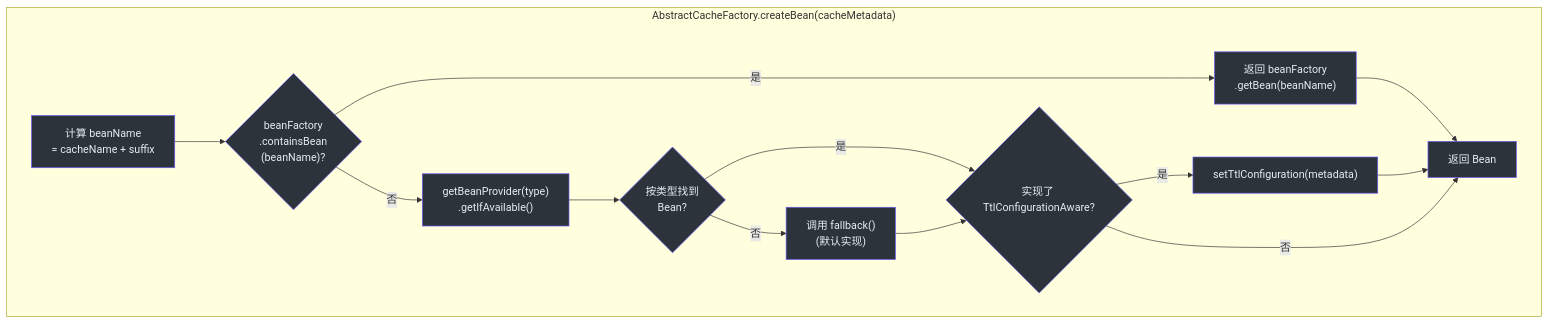
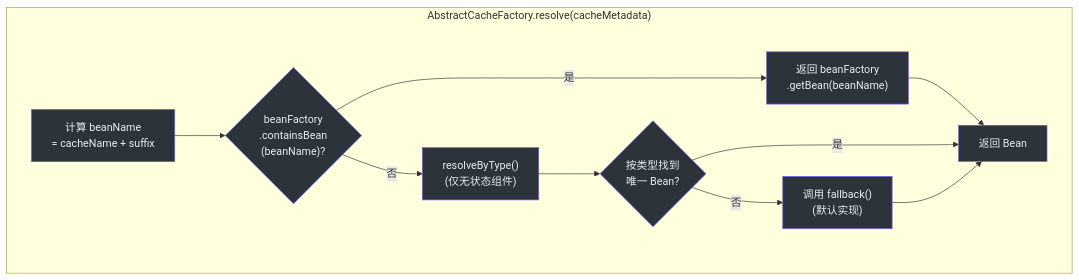
Before and after one commit to Ahoo-Wang/CoCache: the third of 6 diagrams in wiki/zh/modules/cocache-spring.md, drawn with Mermaid. The commit also changed other lines of this file and 256 other files, not shown here.

````diff
--- a/wiki/zh/modules/cocache-spring.md
+++ b/wiki/zh/modules/cocache-spring.md
@@ -114,41 +114,33 @@
 ```mermaid
 flowchart TB
-    subgraph sg_52 ["AbstractCacheFactory.createBean(cacheMetadata)"]
+    subgraph sg_52 ["AbstractCacheFactory.resolve(cacheMetadata)"]
 
         bean_name["计算 beanName<br>= cacheName + suffix"]
         style bean_name fill:#2d333b,stroke:#6d5dfc,color:#e6edf3
 
         exists{"beanFactory<br>.containsBean<br>(beanName)?"}
         style exists fill:#2d333b,stroke:#6d5dfc,color:#e6edf3
 
         by_name["返回 beanFactory<br>.getBean(beanName)"]
         style by_name fill:#2d333b,stroke:#6d5dfc,color:#e6edf3
 
-        by_type["getBeanProvider(type)<br>.getIfAvailable()"]
+        by_type["resolveByType()<br>(仅无状态组件)"]
         style by_type fill:#2d333b,stroke:#6d5dfc,color:#e6edf3
 
-        type_found{"按类型找到<br>Bean?"}
+        type_found{"按类型找到<br>唯一 Bean?"}
         style type_found fill:#2d333b,stroke:#6d5dfc,color:#e6edf3
 
         fallback["调用 fallback()<br>(默认实现)"]
         style fallback fill:#2d333b,stroke:#6d5dfc,color:#e6edf3
-
-        ttl_aware{"实现了 TtlConfigurationAware?"}
-        style ttl_aware fill:#2d333b,stroke:#6d5dfc,color:#e6edf3
-
-        set_ttl["setTtlConfiguration(metadata)"]
-        style set_ttl fill:#2d333b,stroke:#6d5dfc,color:#e6edf3
 
         done["返回 Bean"]
         style done fill:#2d333b,stroke:#6d5dfc,color:#e6edf3
 
         bean_name --> exists
         exists -->|是| by_name --> done
         exists -->|否| by_type --> type_found
-        type_found -->|是| ttl_aware
-        type_found -->|否| fallback --> ttl_aware
-        ttl_aware -->|是| set_ttl --> done
-        ttl_aware -->|否| done
+        type_found -->|是| done
+        type_found -->|否| fallback --> done
     end
 
 ```
````
